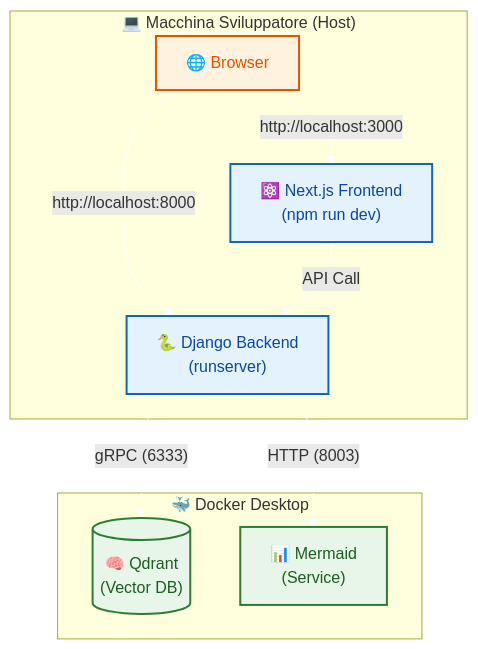
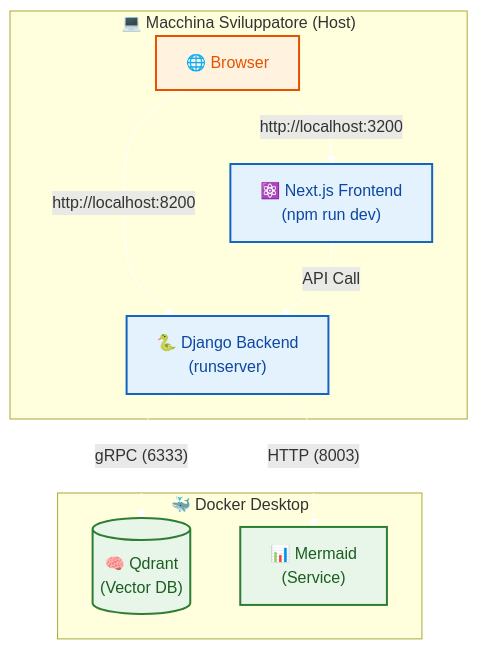
One commit to mptyl/ThothAI changed the diagram in docs/thothai_install/LOCAL_INSTALLATION_DEV_IT.md. Above: the diagram before and after it, drawn with Mermaid. The commit also changed other lines of this file and 15 other files, not shown here.

````diff
--- a/docs/thothai_install/LOCAL_INSTALLATION_DEV_IT.md
+++ b/docs/thothai_install/LOCAL_INSTALLATION_DEV_IT.md
@@ -15,33 +15,33 @@
 ```mermaid
 graph TB
     %% Nodes
     subgraph Host ["💻 Macchina Sviluppatore (Host)"]
         Browser["🌐 Browser"]
         Frontend["⚛️ Next.js Frontend<br/>(npm run dev)"]
         Backend["🐍 Django Backend<br/>(runserver)"]
     end
 
     subgraph Docker ["🐳 Docker Desktop"]
         Qdrant[("🧠 Qdrant<br/>(Vector DB)")]
         Mermaid["📊 Mermaid<br/>(Service)"]
     end
 
     %% Styles
     classDef host fill:#e3f2fd,stroke:#1565c0,stroke-width:2px,color:#0d47a1;
     classDef docker fill:#e8f5e9,stroke:#2e7d32,stroke-width:2px,color:#1b5e20;
     classDef browser fill:#fff3e0,stroke:#e65100,stroke-width:2px,color:#e65100;
     
     class Frontend,Backend host;
     class Qdrant,Mermaid docker;
     class Browser browser;
 
     %% Connections
-    Browser -- "http://localhost:3000" --> Frontend
-    Browser -- "http://localhost:8000" --> Backend
+    Browser -- "http://localhost:3200" --> Frontend
+    Browser -- "http://localhost:8200" --> Backend
     Frontend -- "API Call" --> Backend
     Backend -.->|"gRPC (6333)"| Qdrant
     Backend -.->|"HTTP (8003)"| Mermaid
 
     %% Layout adjustments
     linkStyle default stroke:#fff,stroke-width:1px;
 ```
````
